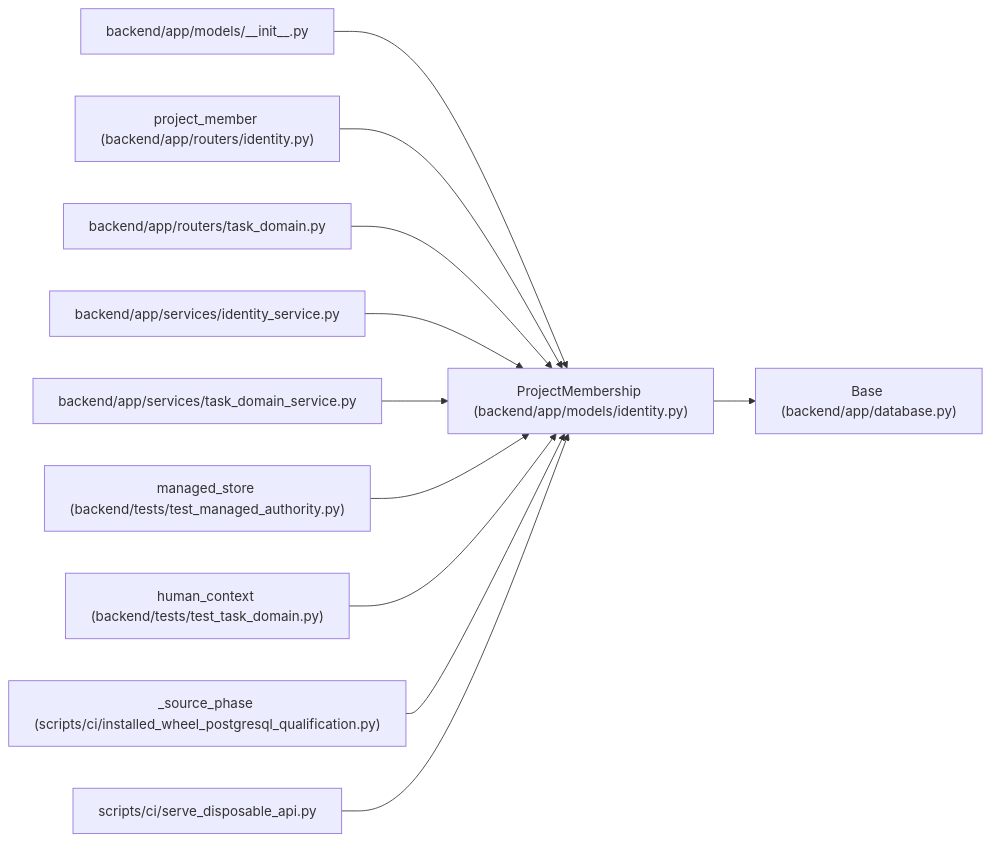
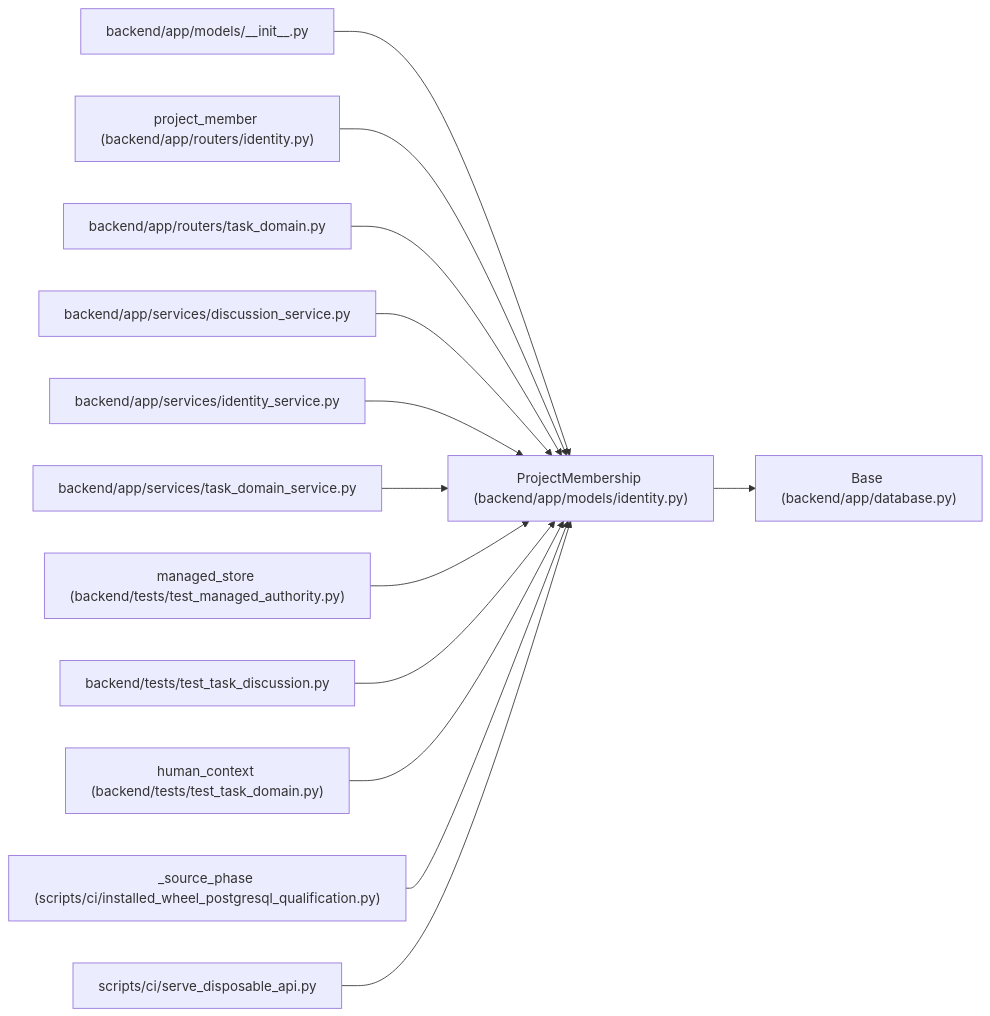
Before and after one commit to Denissvgn/WorkChord: the diagram in docs/llm_wiki/entities/ProjectMembership.md, drawn with Mermaid. The commit also changed other lines of this file and 1888 other files, not shown here.

First line of the commit message:
Add human teamwork workflows, shared capacity, and task discussion (#7)

````diff
--- a/docs/llm_wiki/entities/ProjectMembership.md
+++ b/docs/llm_wiki/entities/ProjectMembership.md
@@ -28,35 +28,41 @@
 ```mermaid
 flowchart LR
     n0["ProjectMembership (backend/app/models/identity.py)"]
     n1["Base (backend/app/database.py)"]
     n2["backend/app/models/__init__.py"]
     n3["project_member (backend/app/routers/identity.py)"]
     n4["backend/app/routers/task_domain.py"]
-    n5["backend/app/services/identity_service.py"]
-    n6["backend/app/services/task_domain_service.py"]
-    n7["managed_store (backend/tests/test_managed_authority.py)"]
-    n8["human_context (backend/tests/test_task_domain.py)"]
-    n9["_source_phase (scripts/ci/installed_wheel_postgresql_qualification.py)"]
-    n10["scripts/ci/serve_disposable_api.py"]
+    n5["backend/app/services/discussion_service.py"]
+    n6["backend/app/services/identity_service.py"]
+    n7["backend/app/services/task_domain_service.py"]
+    n8["managed_store (backend/tests/test_managed_authority.py)"]
+    n9["backend/tests/test_task_discussion.py"]
+    n10["human_context (backend/tests/test_task_domain.py)"]
+    n11["_source_phase (scripts/ci/installed_wheel_postgresql_qualification.py)"]
+    n12["scripts/ci/serve_disposable_api.py"]
     n0 --> n1
     n2 --> n0
     n3 --> n0
     n4 --> n0
     n5 --> n0
     n6 --> n0
     n7 --> n0
     n8 --> n0
     n9 --> n0
     n10 --> n0
+    n11 --> n0
+    n12 --> n0
     click n0 "../modules/models_identity.md"
     click n1 "../modules/app_database.md"
     click n2 "../modules/models___init__.md"
     click n3 "../modules/routers_identity.md"
     click n4 "../modules/routers_task_domain.md"
-    click n5 "../modules/identity_service.md"
-    click n6 "../modules/task_domain_service.md"
-    click n7 "../modules/test_managed_authority.md"
-    click n8 "../modules/test_task_domain.md"
-    click n9 "../modules/installed_wheel_postgresql_qualification.md"
-    click n10 "../modules/serve_disposable_api.md"
+    click n5 "../modules/discussion_service.md"
+    click n6 "../modules/identity_service.md"
+    click n7 "../modules/task_domain_service.md"
+    click n8 "../modules/test_managed_authority.md"
+    click n9 "../modules/test_task_discussion.md"
+    click n10 "../modules/test_task_domain.md"
+    click n11 "../modules/installed_wheel_postgresql_qualification.md"
+    click n12 "../modules/serve_disposable_api.md"
 ```
````
